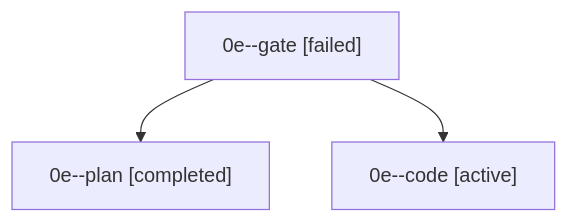
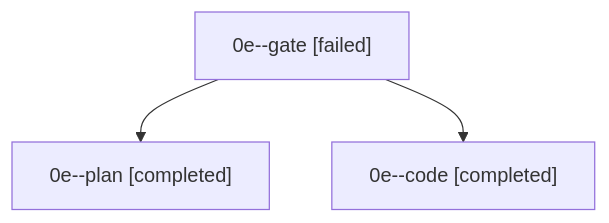
Before and after one commit to sase-org/sase--agents: the diagram in families/bbugyi200.apollo.0e.md, drawn with Mermaid. The commit also changed other lines of this file and 38 other files, not shown here.

````diff
--- a/families/bbugyi200.apollo.0e.md
+++ b/families/bbugyi200.apollo.0e.md
@@ -9,8 +9,8 @@
 ```mermaid
 flowchart TD
   n0["0e--gate [failed]"]
   n1["0e--plan [completed]"]
   n0 --> n1
-  n2["0e--code [active]"]
+  n2["0e--code [completed]"]
   n0 --> n2
 ```
````
